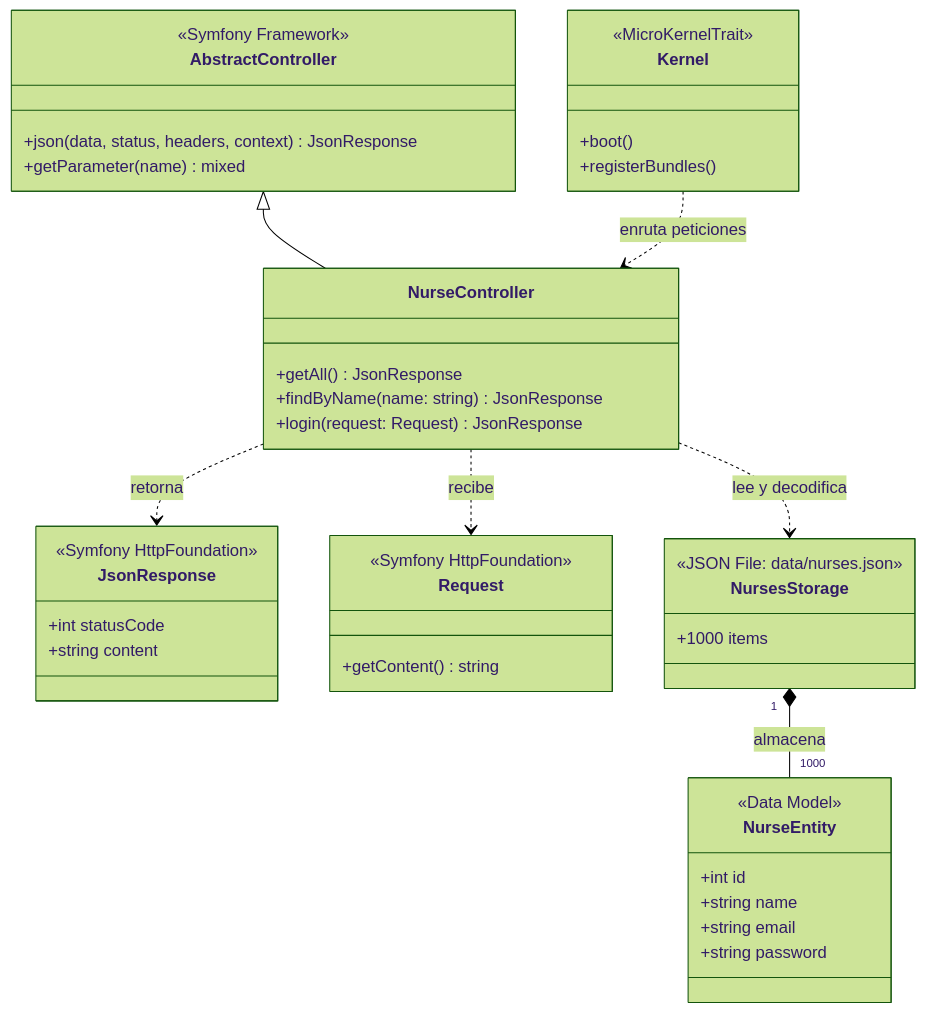
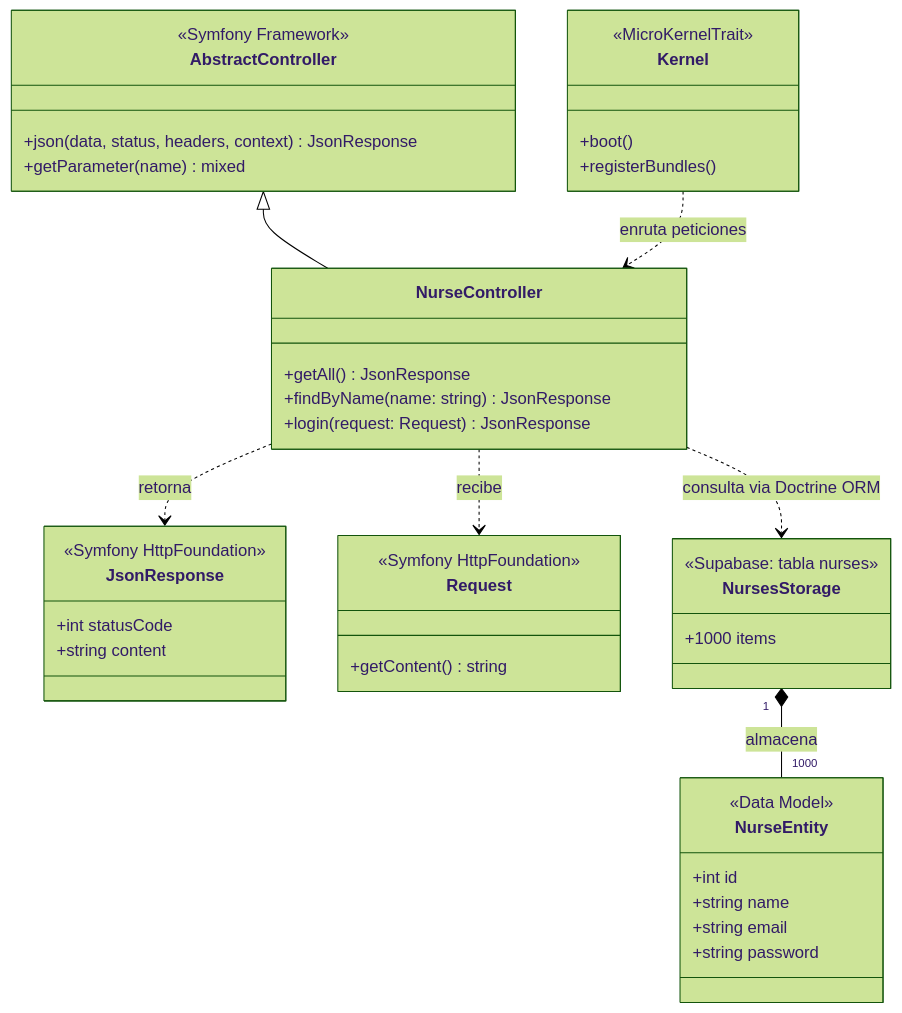
One commit to Ignaciobrenas/Nurse-Simulator changed the third of 7 diagrams in docs/general/DOCUMENTACION_ES.md. Above: the diagram before and after it, drawn with Mermaid (forest theme). The commit also changed other lines of this file and 7 other files, not shown here.

````diff
--- a/docs/general/DOCUMENTACION_ES.md
+++ b/docs/general/DOCUMENTACION_ES.md
@@ -223,52 +223,52 @@
 ```mermaid
 classDiagram
     direction TB
     class Kernel {
         <<MicroKernelTrait>>
         +boot()
         +registerBundles()
     }
 
     class AbstractController {
         <<Symfony Framework>>
         +json(data, status, headers, context) JsonResponse
         +getParameter(name) mixed
     }
 
     class NurseController {
         +getAll() JsonResponse
         +findByName(name: string) JsonResponse
         +login(request: Request) JsonResponse
     }
 
     class JsonResponse {
         <<Symfony HttpFoundation>>
         +int statusCode
         +string content
     }
 
     class Request {
         <<Symfony HttpFoundation>>
         +getContent() string
     }
 
     class NurseEntity {
         <<Data Model>>
         +int id
         +string name
         +string email
         +string password
     }
 
     class NursesStorage {
-        <<JSON File: data/nurses.json>>
+        <<Supabase: tabla nurses>>
         +1000 items
     }
 
     AbstractController <|-- NurseController
     NurseController ..> Request : recibe
     NurseController ..> JsonResponse : retorna
-    NurseController ..> NursesStorage : lee y decodifica
+    NurseController ..> NursesStorage : consulta vi­a Doctrine ORM
     NursesStorage "1" *-- "1000" NurseEntity : almacena
     Kernel ..> NurseController : enruta peticiones
 ```
````
